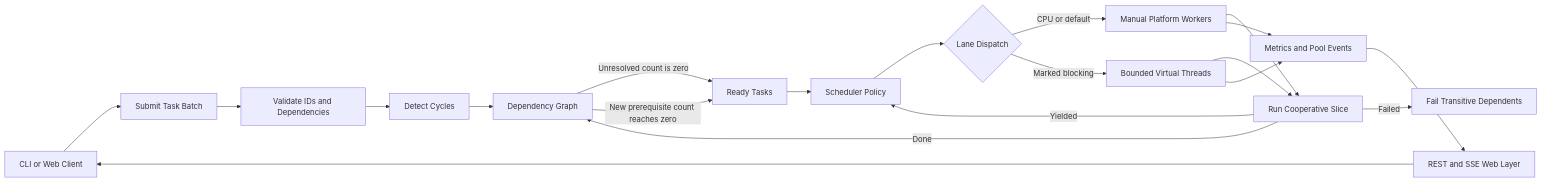
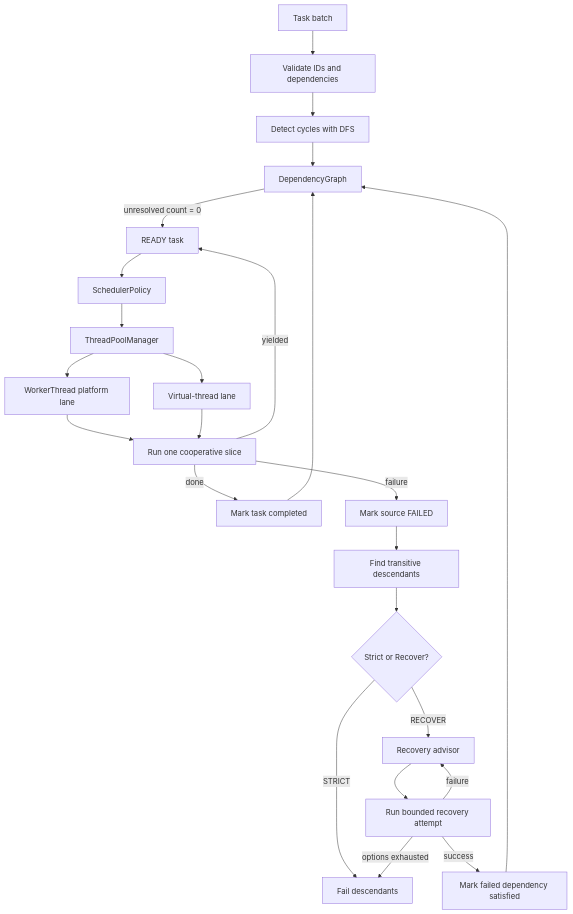
The diagram in README.md (RewanshChoudhary/Stock_Trading), drawn with Mermaid before and after one commit. The commit also changed other lines of this file and 11 other files, not shown here.

````diff
--- a/README.md
+++ b/README.md
@@ -65,22 +31,29 @@
 ```mermaid
-flowchart LR
-    Client[CLI or Web Client] --> Submit[Submit Task Batch]
-    Submit --> Validate[Validate IDs and Dependencies]
-    Validate --> Cycle[Detect Cycles]
-    Cycle --> Graph[Dependency Graph]
-    Graph -->|Unresolved count is zero| Ready[Ready Tasks]
-    Ready --> Scheduler[Scheduler Policy]
-    Scheduler --> Dispatch{Lane Dispatch}
-    Dispatch -->|CPU or default| Workers[Manual Platform Workers]
-    Dispatch -->|Marked blocking| Virtual[Bounded Virtual Threads]
-    Workers --> Slice[Run Cooperative Slice]
+flowchart TD
+    Batch[Task batch] --> Validate[Validate IDs and dependencies]
+    Validate --> Cycle[Detect cycles with DFS]
+    Cycle --> Graph[DependencyGraph]
+
+    Graph -->|unresolved count = 0| Ready[READY task]
+    Ready --> Scheduler[SchedulerPolicy]
+    Scheduler --> Manager[ThreadPoolManager]
+    Manager --> Platform[WorkerThread platform lane]
+    Manager --> Virtual[Virtual-thread lane]
+
+    Platform --> Slice[Run one cooperative slice]
     Virtual --> Slice
-    Slice -->|Yielded| Scheduler
-    Slice -->|Done| Graph
-    Slice -->|Failed| Descendants[Fail Transitive Dependents]
-    Graph -->|New prerequisite count reaches zero| Ready
-    Workers --> Events[Metrics and Pool Events]
-    Virtual --> Events
-    Events --> SSE[REST and SSE Web Layer]
-    SSE --> Client
+    Slice -->|yielded| Ready
+    Slice -->|done| Complete[Mark task completed]
+    Complete --> Graph
+
+    Slice -->|failure| Failed[Mark source FAILED]
+    Failed --> Descendants[Find transitive descendants]
+    Descendants --> Strict{Strict or Recover?}
+    Strict -->|STRICT| Cascade[Fail descendants]
+    Strict -->|RECOVER| Advisor[Recovery advisor]
+    Advisor --> Attempt[Run bounded recovery attempt]
+    Attempt -->|success| Satisfy[Mark failed dependency satisfied]
+    Attempt -->|failure| Advisor
+    Satisfy --> Graph
+    Attempt -->|options exhausted| Cascade
 ```
````
